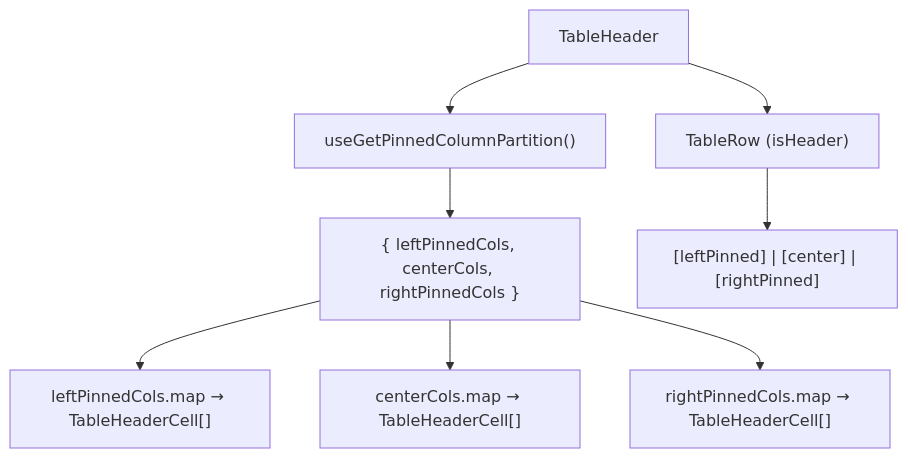
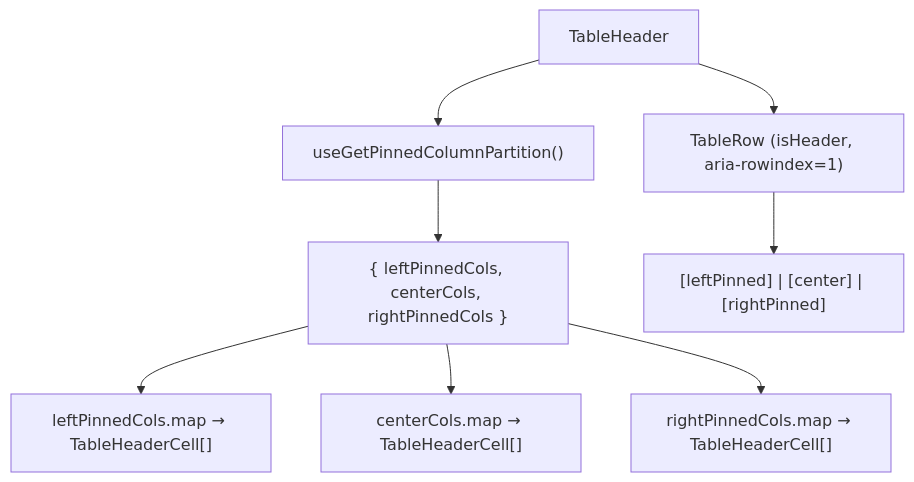
The diagram in packages/ui/src/components/Table/TableHeader/ARCHITECTURE.md (luciocabrera/lcabrera-stack), drawn with Mermaid before and after one commit. The commit also changed other lines of this file and 107 other files, not shown here.

````diff
--- a/packages/ui/src/components/Table/TableHeader/ARCHITECTURE.md
+++ b/packages/ui/src/components/Table/TableHeader/ARCHITECTURE.md
@@ -24,12 +24,12 @@
 ```mermaid
 graph TD
   TH["TableHeader"] --> CG["useGetPinnedColumnPartition()"]
   CG --> groups["{ leftPinnedCols, centerCols, rightPinnedCols }"]
 
   groups --> left["leftPinnedCols.map → TableHeaderCell[]"]
   groups --> center["centerCols.map → TableHeaderCell[]"]
   groups --> right["rightPinnedCols.map → TableHeaderCell[]"]
 
-  TH --> Row["TableRow (isHeader)"]
+  TH --> Row["TableRow (isHeader, aria-rowindex=1)"]
   Row --> cells["[leftPinned] | [center] | [rightPinned]"]
 ```
````
